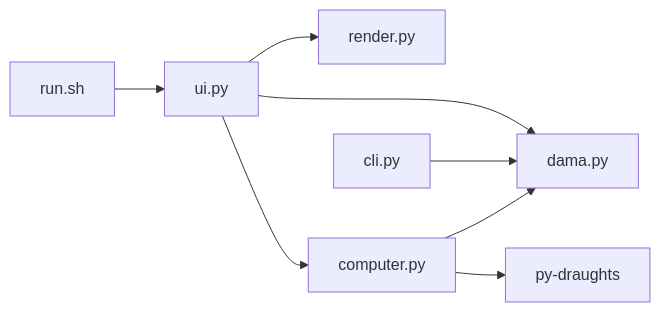
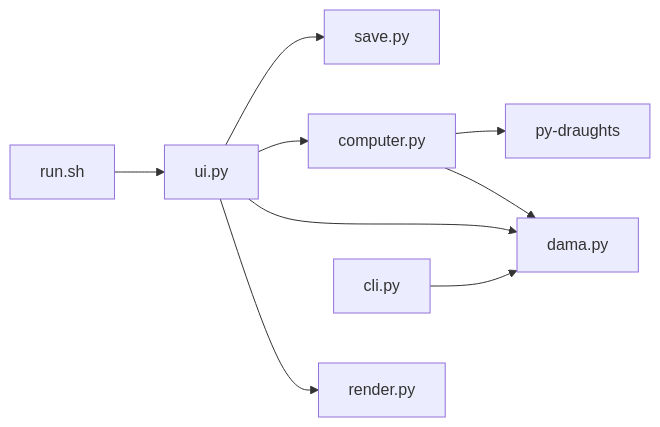
One commit to Apole-dev/dama changed the diagram in README.md. Above: the diagram before and after it, drawn with Mermaid. The commit also changed other lines of this file and 6 other files, not shown here.

````diff
--- a/README.md
+++ b/README.md
@@ -27,10 +27,11 @@
 ```mermaid
 flowchart LR
     run[run.sh] --> ui[ui.py]
     ui --> render[render.py]
     ui --> game[dama.py]
     ui --> computer[computer.py]
+    ui --> save[save.py]
     computer --> game
     computer --> engine[py-draughts]
     cli[cli.py] --> game
 ```
````
